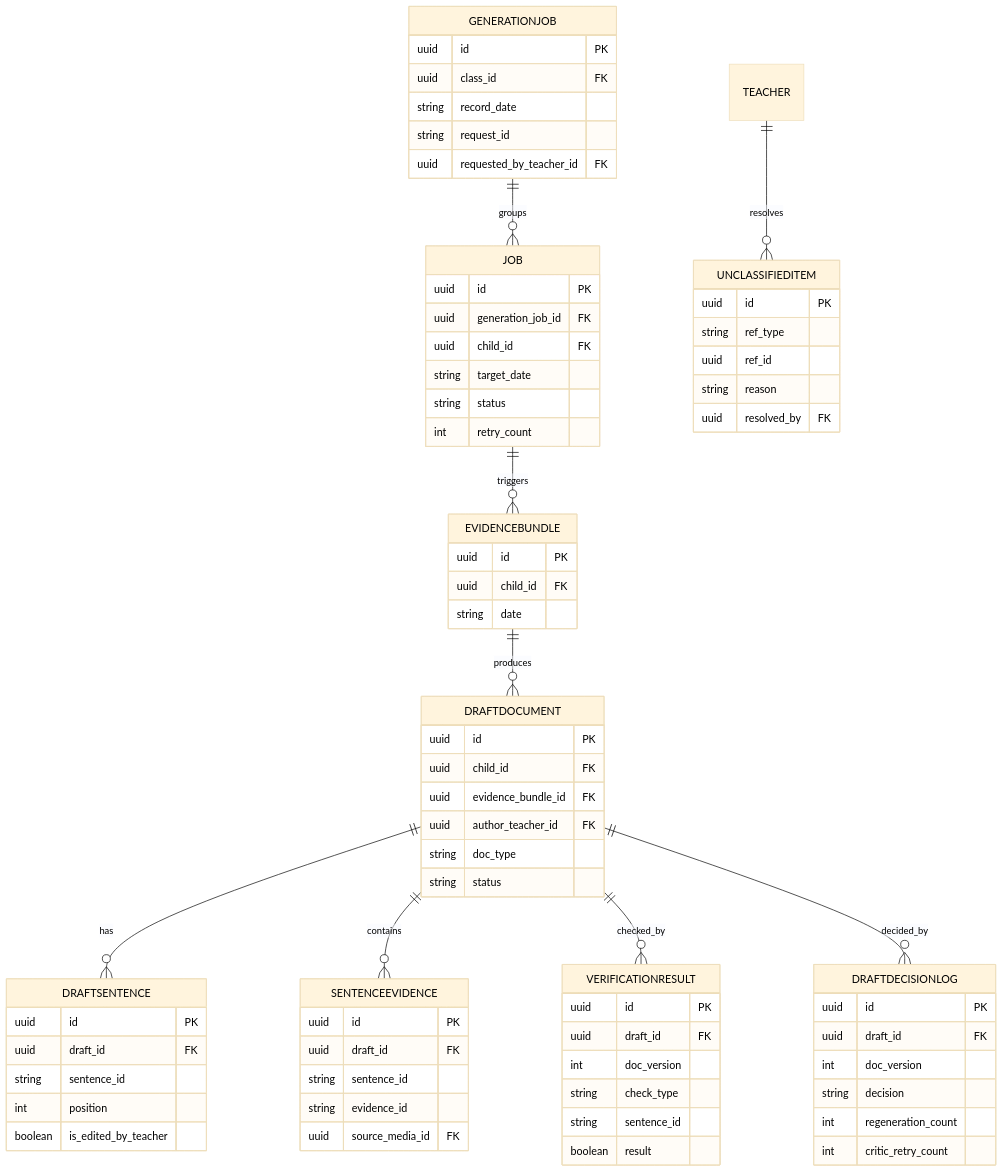
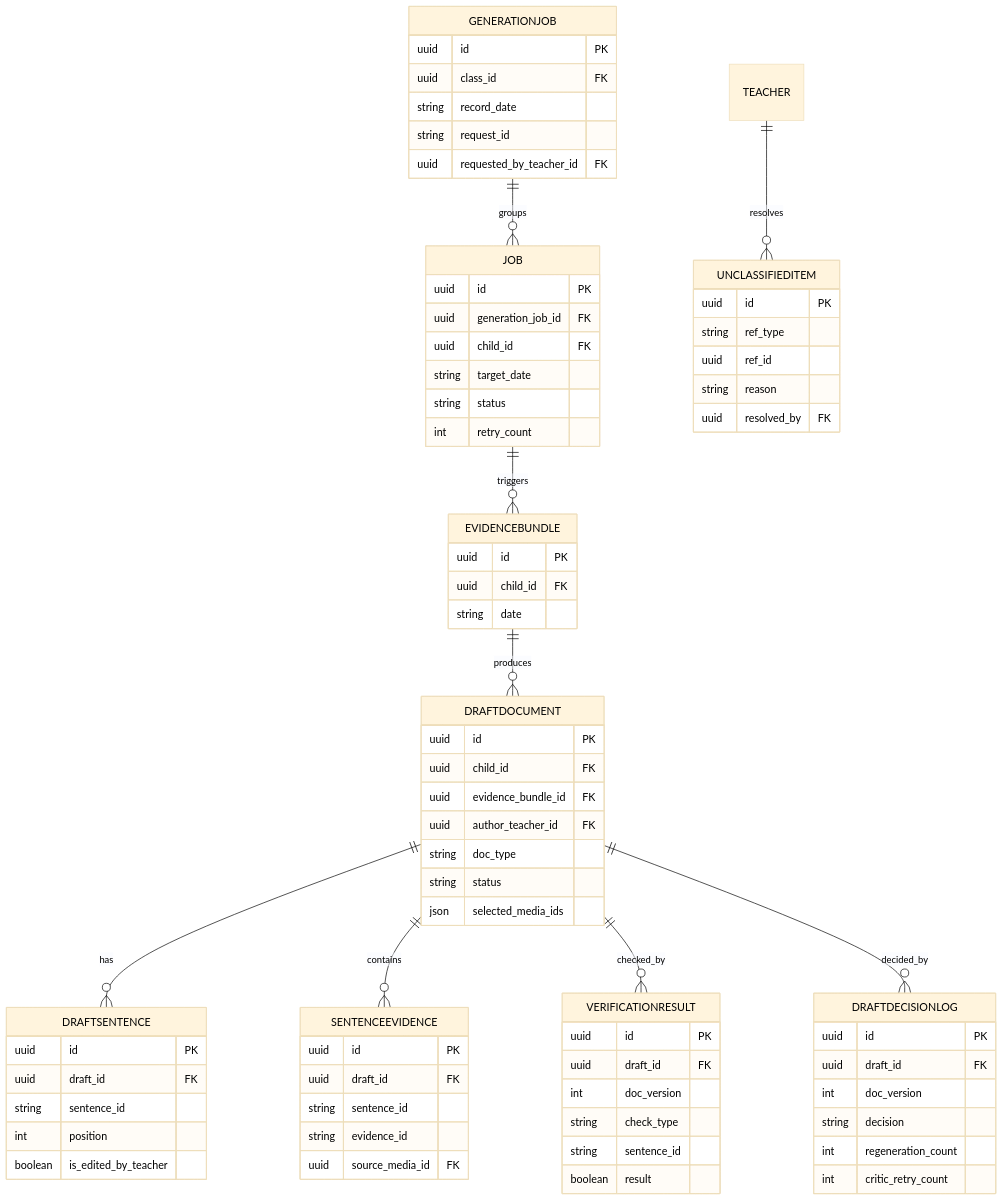
The fourth of 8 diagrams in docs/테크스펙.md (kakaotechcampus-4/ktc4-chungnam-4), drawn with Mermaid before and after one commit. The commit also changed other lines of this file, not shown here.

First line of the commit message:
docs: add selected photos and publication rounds to spec

````diff
--- a/docs/테크스펙.md
+++ b/docs/테크스펙.md
@@ -605,77 +605,78 @@
 ```mermaid
 %%{init: {'theme':'base', 'themeVariables': {'primaryTextColor':'#000000','textColor':'#000000','lineColor':'#000000'}}}%%
 erDiagram
   GENERATIONJOB {
     uuid id PK
     uuid class_id FK
     string record_date
     string request_id
     uuid requested_by_teacher_id FK
   }
   JOB {
     uuid id PK
     uuid generation_job_id FK
     uuid child_id FK
     string target_date
     string status
     int retry_count
   }
   EVIDENCEBUNDLE {
     uuid id PK
     uuid child_id FK
     string date
   }
   DRAFTDOCUMENT {
     uuid id PK
     uuid child_id FK
     uuid evidence_bundle_id FK
     uuid author_teacher_id FK
     string doc_type
     string status
+    json selected_media_ids
   }
   DRAFTSENTENCE {
     uuid id PK
     uuid draft_id FK
     string sentence_id
     int position
     boolean is_edited_by_teacher
   }
   SENTENCEEVIDENCE {
     uuid id PK
     uuid draft_id FK
     string sentence_id
     string evidence_id
     uuid source_media_id FK
   }
   VERIFICATIONRESULT {
     uuid id PK
     uuid draft_id FK
     int doc_version
     string check_type
     string sentence_id
     boolean result
   }
   DRAFTDECISIONLOG {
     uuid id PK
     uuid draft_id FK
     int doc_version
     string decision
     int regeneration_count
     int critic_retry_count
   }
   UNCLASSIFIEDITEM {
     uuid id PK
     string ref_type
     uuid ref_id
     string reason
     uuid resolved_by FK
   }
   GENERATIONJOB ||--o{ JOB : groups
   JOB ||--o{ EVIDENCEBUNDLE : triggers
   EVIDENCEBUNDLE ||--o{ DRAFTDOCUMENT : produces
   DRAFTDOCUMENT ||--o{ DRAFTSENTENCE : has
   DRAFTDOCUMENT ||--o{ SENTENCEEVIDENCE : contains
   DRAFTDOCUMENT ||--o{ VERIFICATIONRESULT : checked_by
   DRAFTDOCUMENT ||--o{ DRAFTDECISIONLOG : decided_by
   TEACHER ||--o{ UNCLASSIFIEDITEM : resolves
 ```
````
